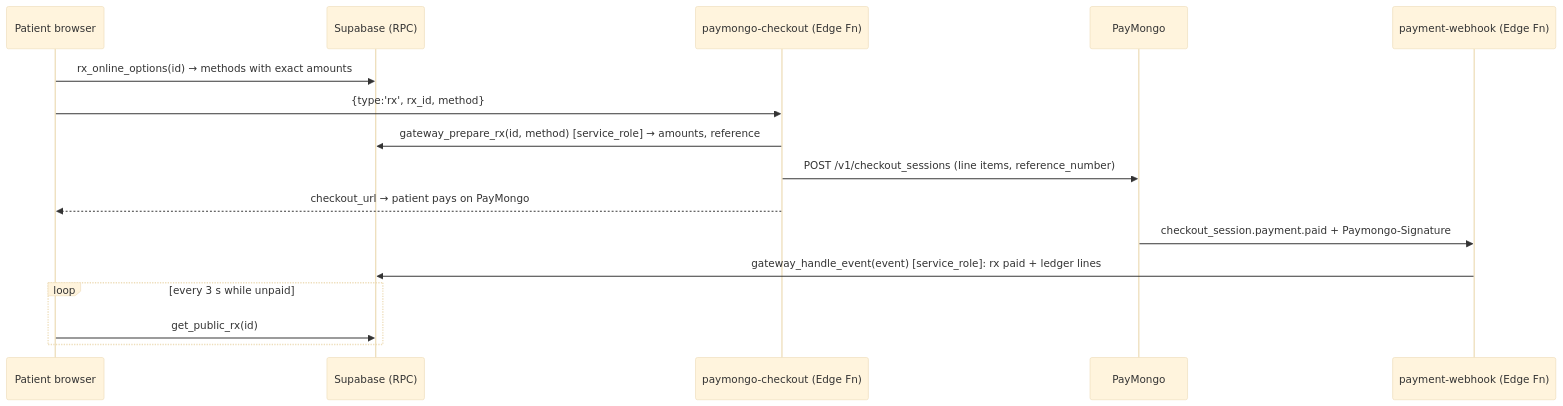
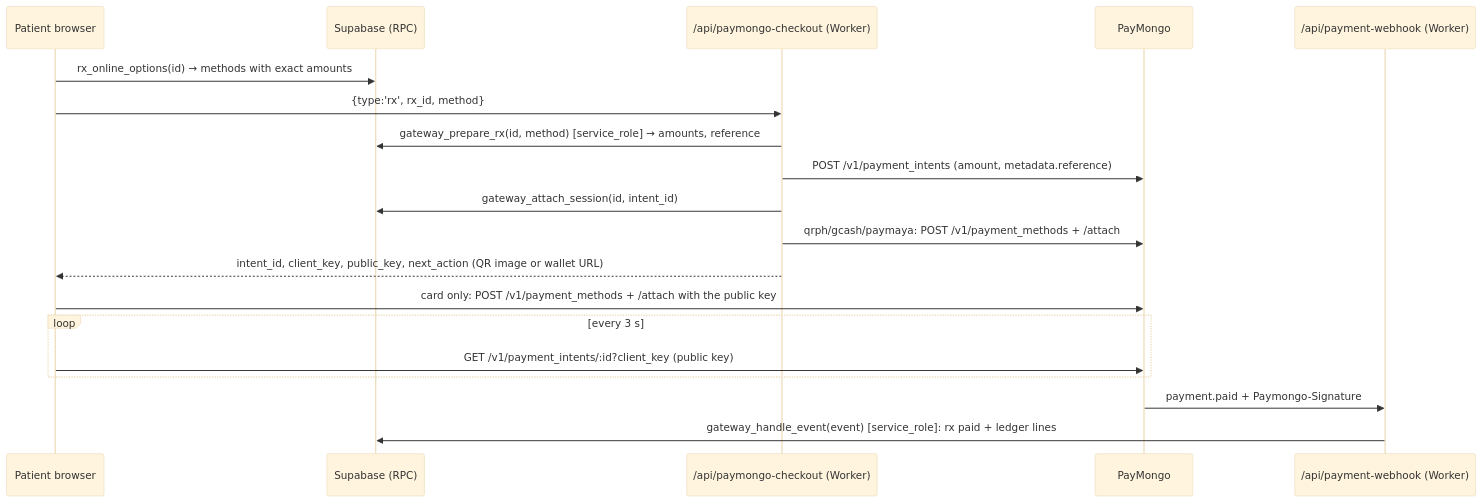
The diagram in docs/payment-flow.md (jetchyyy/e-Priscription), drawn with Mermaid (base theme) before and after one commit. The commit also changed other lines of this file and 17 other files, not shown here.

First line of the commit message:
feat: embed PayMongo payments in the site with Payment Intents

````diff
--- a/docs/payment-flow.md
+++ b/docs/payment-flow.md
@@ -6,19 +12,22 @@
 ```mermaid
 sequenceDiagram
   participant P as Patient browser
   participant DB as Supabase (RPC)
-  participant C as paymongo-checkout (Edge Fn)
+  participant C as /api/paymongo-checkout (Worker)
   participant PM as PayMongo
-  participant W as payment-webhook (Edge Fn)
+  participant W as /api/payment-webhook (Worker)
 
   P->>DB: rx_online_options(id) → methods with exact amounts
   P->>C: {type:'rx', rx_id, method}
   C->>DB: gateway_prepare_rx(id, method) [service_role] → amounts, reference
-  C->>PM: POST /v1/checkout_sessions (line items, reference_number)
-  C-->>P: checkout_url → patient pays on PayMongo
-  PM->>W: checkout_session.payment.paid + Paymongo-Signature
+  C->>PM: POST /v1/payment_intents (amount, metadata.reference)
+  C->>DB: gateway_attach_session(id, intent_id)
+  C->>PM: qrph/gcash/paymaya: POST /v1/payment_methods + /attach
+  C-->>P: intent_id, client_key, public_key, next_action (QR image or wallet URL)
+  P->>PM: card only: POST /v1/payment_methods + /attach with the public key
+  loop every 3 s
+    P->>PM: GET /v1/payment_intents/:id?client_key (public key)
+  end
+  PM->>W: payment.paid + Paymongo-Signature
   W->>DB: gateway_handle_event(event) [service_role]: rx paid + ledger lines
-  loop every 3 s while unpaid
-    P->>DB: get_public_rx(id)
-  end
 ```
````
